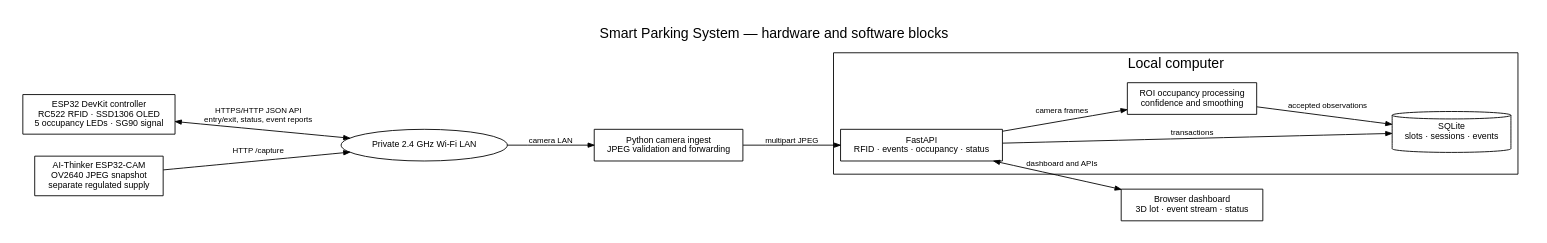
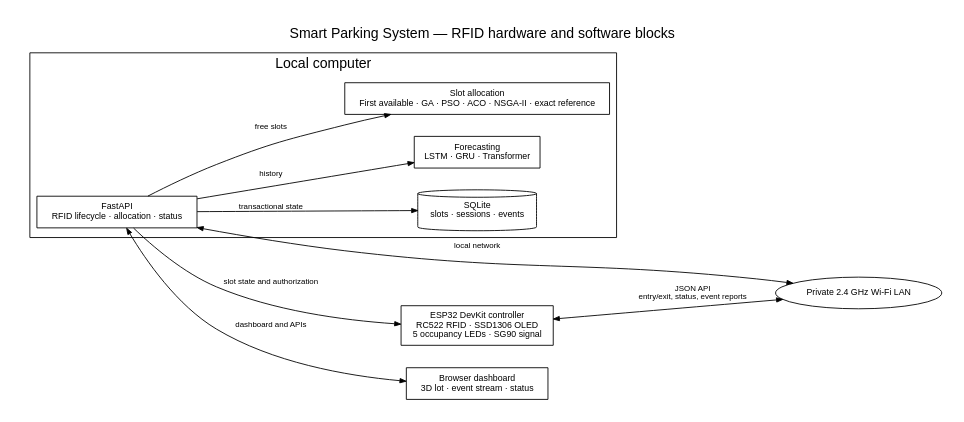
One commit to dumbly-smart/smart-parking changed the diagram in docs/hardware/system_architecture.dot. Above: the diagram before and after it, drawn with Graphviz. The commit also changed 301 other files, not shown here.

Commit message:
Complete SUMO parking system and final report

```diff
--- a/docs/hardware/system_architecture.dot
+++ b/docs/hardware/system_architecture.dot
@@ -1,23 +1,21 @@
 digraph system {
-  graph [rankdir=LR, bgcolor=white, pad=0.25, nodesep=0.35, ranksep=0.6, fontname="Helvetica", labelloc=t, label="Smart Parking System — hardware and software blocks", fontsize=16];
+  graph [rankdir=LR, bgcolor=white, pad=0.25, nodesep=0.35, ranksep=0.6, fontname="Helvetica", labelloc=t, label="Smart Parking System — RFID hardware and software blocks", fontsize=16];
   node [shape=box, style="solid", color=black, fontcolor=black, fontname="Helvetica", fontsize=10, margin="0.12,0.08", penwidth=1];
   edge [color=black, fontcolor=black, fontname="Helvetica", fontsize=9, arrowsize=0.7, penwidth=1];
   controller [label="ESP32 DevKit controller\nRC522 RFID · SSD1306 OLED\n5 occupancy LEDs · SG90 signal"];
-  cam [label="AI-Thinker ESP32-CAM\nOV2640 JPEG snapshot\nseparate regulated supply"];
   wifi [shape=ellipse, label="Private 2.4 GHz Wi-Fi LAN"];
-  ingest [label="Python camera ingest\nJPEG validation and forwarding"];
   subgraph cluster_server { label="Local computer"; color=black; style=solid;
-    api [label="FastAPI\nRFID · events · occupancy · status"];
+    api [label="FastAPI\nRFID lifecycle · allocation · status"];
     db [shape=cylinder, label="SQLite\nslots · sessions · events"];
-    vision [label="ROI occupancy processing\nconfidence and smoothing"];
-    api -> db [label="transactions"];
-    api -> vision [label="camera frames"];
-    vision -> db [label="accepted observations"];
+    prediction [label="Forecasting\nLSTM · GRU · Transformer"];
+    allocation [label="Slot allocation\nFirst available · GA · PSO · ACO · NSGA-II · exact reference"];
+    api -> db [label="transactional state"];
+    api -> prediction [label="history"];
+    api -> allocation [label="free slots"];
   }
   browser [label="Browser dashboard\n3D lot · event stream · status"];
-  controller -> wifi [dir=both, label="HTTPS/HTTP JSON API\nentry/exit, status, event reports"];
-  cam -> wifi [label="HTTP /capture"];
-  wifi -> ingest [label="camera LAN"];
-  ingest -> api [label="multipart JPEG"];
+  controller -> wifi [dir=both, label="JSON API\nentry/exit, status, event reports"];
+  wifi -> api [dir=both, label="local network"];
   api -> browser [dir=both, label="dashboard and APIs"];
+  api -> controller [label="slot state and authorization"];
 }
```
